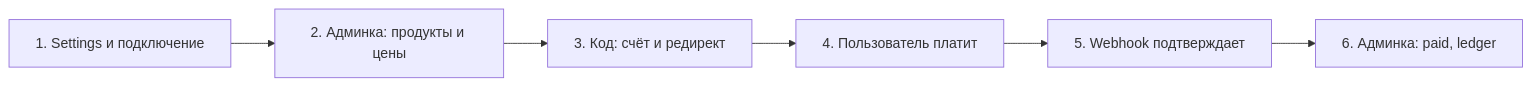
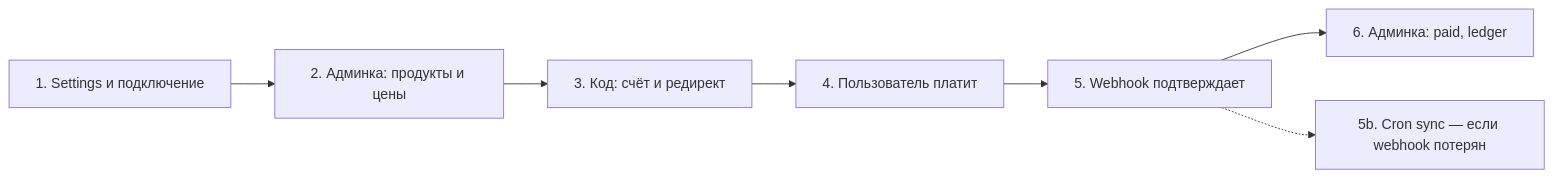
The first of 3 diagrams in README.md (svalench/django-stripe-plisio), drawn with Mermaid before and after one commit. The commit also changed other lines of this file and 14 other files, not shown here.

````diff
--- a/README.md
+++ b/README.md
@@ -35,8 +36,9 @@
 ```mermaid
 flowchart LR
     A[1. Settings и подключение] --> B[2. Админка: продукты и цены]
     B --> C[3. Код: счёт и редирект]
     C --> D[4. Пользователь платит]
     D --> E[5. Webhook подтверждает]
     E --> F[6. Админка: paid, ledger]
+    E -.-> G[5b. Cron sync — если webhook потерян]
 ```
````
